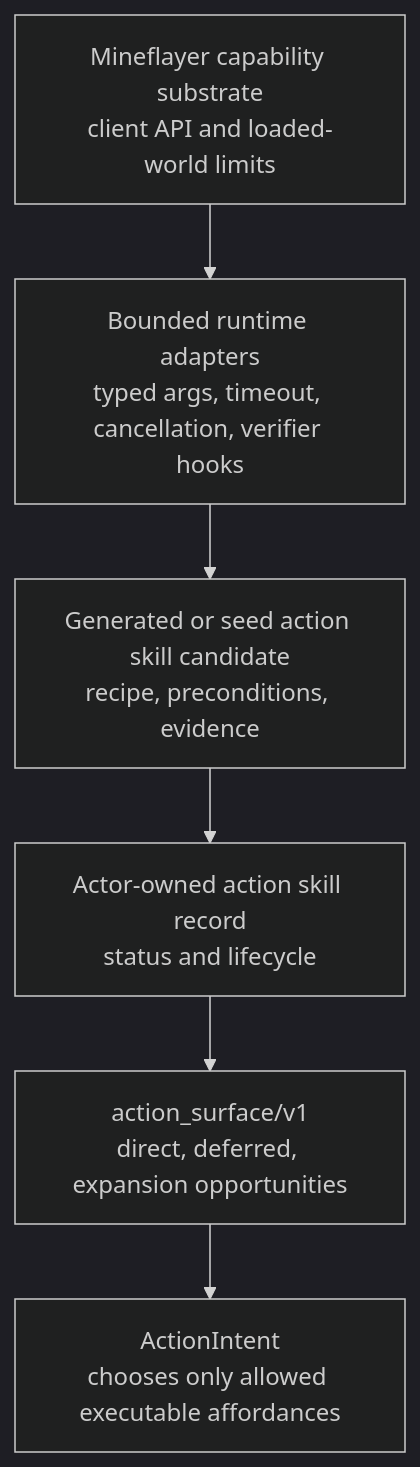
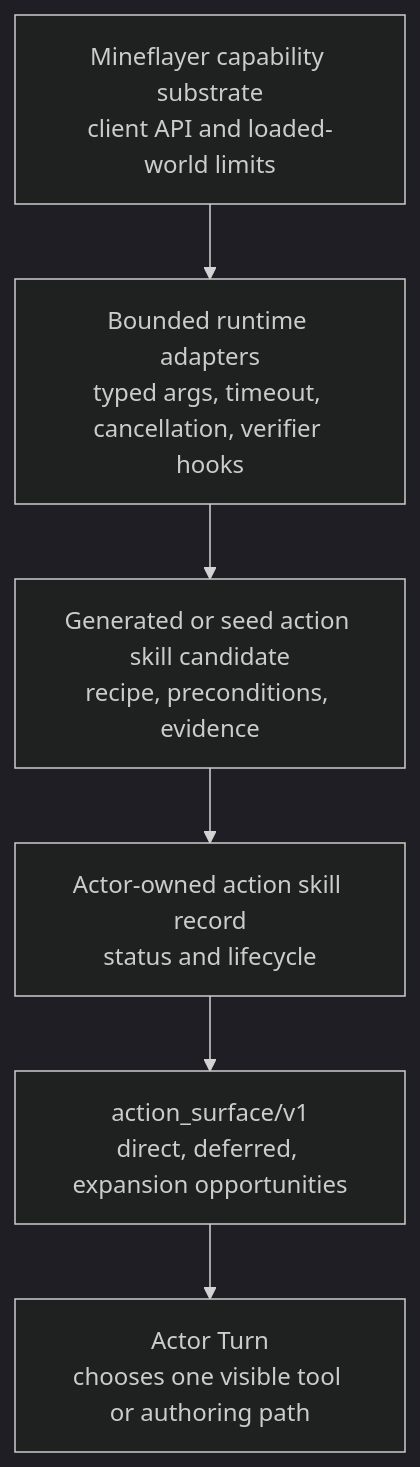
Before and after one commit to gigio1023/minecraft-llm-agent-community: the third of 3 diagrams in project-docs/Architecture/Actor-Memory-Observation-And-Action-Space-Plan.md, drawn with Mermaid (dark theme). The commit also changed other lines of this file and 21 other files, not shown here.

Commit message:
Align docs with Actor Turn tool flow

````diff
--- a/project-docs/Architecture/Actor-Memory-Observation-And-Action-Space-Plan.md
+++ b/project-docs/Architecture/Actor-Memory-Observation-And-Action-Space-Plan.md
@@ -120,10 +120,10 @@
 ```mermaid
 flowchart TD
   Mineflayer["Mineflayer capability substrate<br/>client API and loaded-world limits"]
   Adapter["Bounded runtime adapters<br/>typed args, timeout, cancellation, verifier hooks"]
   Candidate["Generated or seed action skill candidate<br/>recipe, preconditions, evidence"]
   Owned["Actor-owned action skill record<br/>status and lifecycle"]
   Surface["action_surface/v1<br/>direct, deferred, expansion opportunities"]
-  Intent["ActionIntent<br/>chooses only allowed executable affordances"]
-  Mineflayer --> Adapter --> Candidate --> Owned --> Surface --> Intent
+  Turn["Actor Turn<br/>chooses one visible tool or authoring path"]
+  Mineflayer --> Adapter --> Candidate --> Owned --> Surface --> Turn
 ```
````
